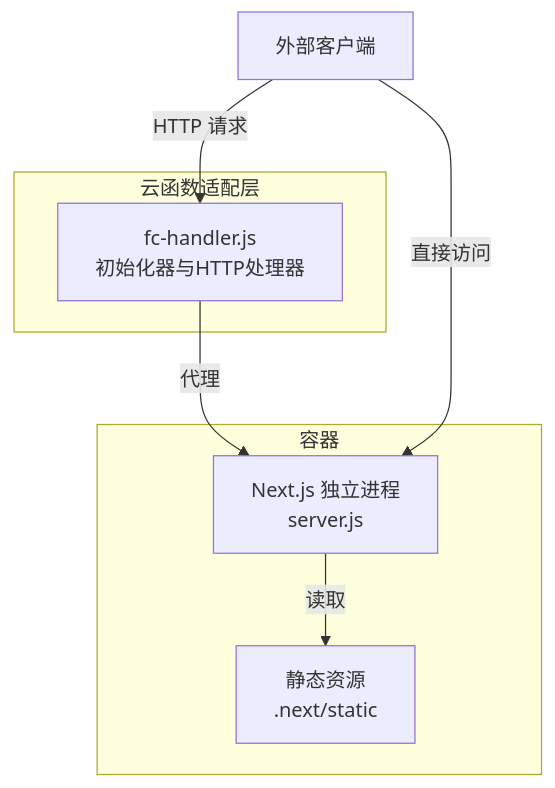
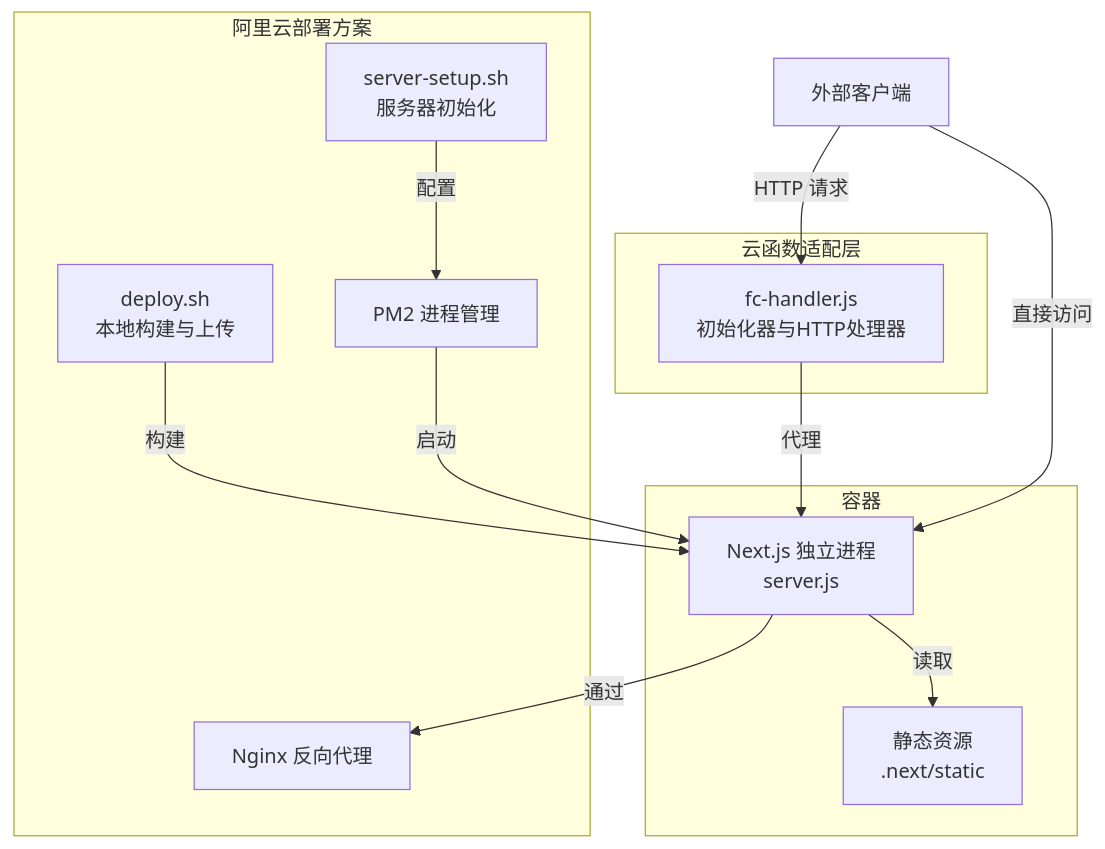
One commit to zuozuoliu740-cmd/xianxiong-news changed the second of 8 diagrams in .qoder/repowiki/zh/content/部署和运维/Docker容器化部署.md. Above: the diagram before and after it, drawn with Mermaid. The commit also changed other lines of this file and 11 other files, not shown here.

````diff
--- a/.qoder/repowiki/zh/content/部署和运维/Docker容器化部署.md
+++ b/.qoder/repowiki/zh/content/部署和运维/Docker容器化部署.md
@@ -115,14 +133,24 @@
 ```mermaid
 graph TB
 subgraph "容器"
 S["Next.js 独立进程<br/>server.js"]
 ST["静态资源<br/>.next/static"]
 end
 subgraph "云函数适配层"
 H["fc-handler.js<br/>初始化器与HTTP处理器"]
 end
+subgraph "阿里云部署方案"
+D["deploy.sh<br/>本地构建与上传"]
+SS["server-setup.sh<br/>服务器初始化"]
+PM2["PM2 进程管理"]
+NGINX["Nginx 反向代理"]
+end
 U["外部客户端"] --> |HTTP 请求| H
 H --> |代理| S
 S --> |读取| ST
 U --> |直接访问| S
+D --> |构建| S
+SS --> |配置| PM2
+PM2 --> |启动| S
+S --> |通过| NGINX
 ```
````
